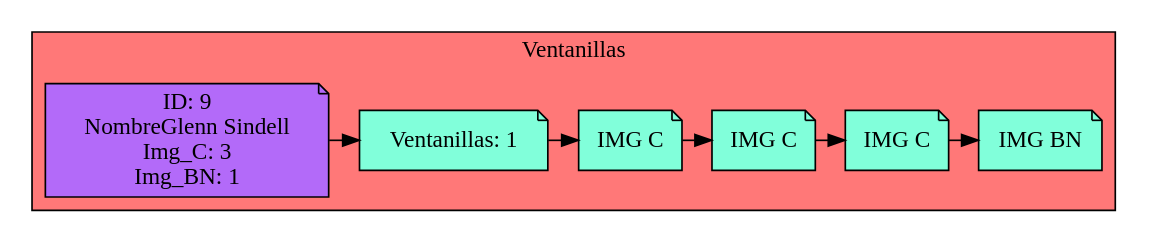
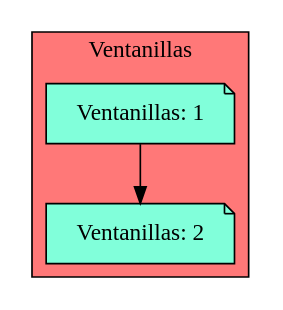
The diagram in Simple_Windows.dot (Serch-ING/EDD_UDRAWING_202000119), drawn with Graphviz before and after one commit. The commit also changed 12 other files, not shown here.

```diff
--- a/Simple_Windows.dot
+++ b/Simple_Windows.dot
@@ -1,23 +1,12 @@
 digraph L {
 node[shape=note fillcolor="#A181FF" style =filled]
 subgraph cluster_p{
     label= " Ventanillas "
     bgcolor = "#FF7878"
-Nodo1192171522[label="Ventanillas: 1",fillcolor="#81FFDA",group=1]
+Nodo1661081225[label="Ventanillas: 1",fillcolor="#81FFDA",group=1]
+Nodo1882554559[label="Ventanillas: 2",fillcolor="#81FFDA",group=2]
 
-Cliente530737374[label="ID: 9
-NombreGlenn Sindell
-Img_C: 3
-Img_BN: 1",fillcolor="#B36AF9",group=1]
-Cliente530737374-> Nodo1192171522
-Nodo1741979653[label="IMG C",fillcolor="#81FFDA"]
-Nodo78204644[label="IMG C",fillcolor="#81FFDA"]
-Nodo7967307[label="IMG C",fillcolor="#81FFDA"]
-Nodo1045997582[label="IMG BN",fillcolor="#81FFDA"]
-Nodo1741979653 -> Nodo78204644
-Nodo78204644 -> Nodo7967307
-Nodo7967307 -> Nodo1045997582
+Nodo1661081225 -> Nodo1882554559
 
-Nodo1192171522 -> Nodo1741979653
-
-{rank=same;Nodo1192171522,Cliente530737374,Nodo1741979653,Nodo78204644,Nodo7967307,Nodo1045997582}}}
+{rank=same;Nodo1661081225}
+{rank=same;Nodo1882554559}}}
```
